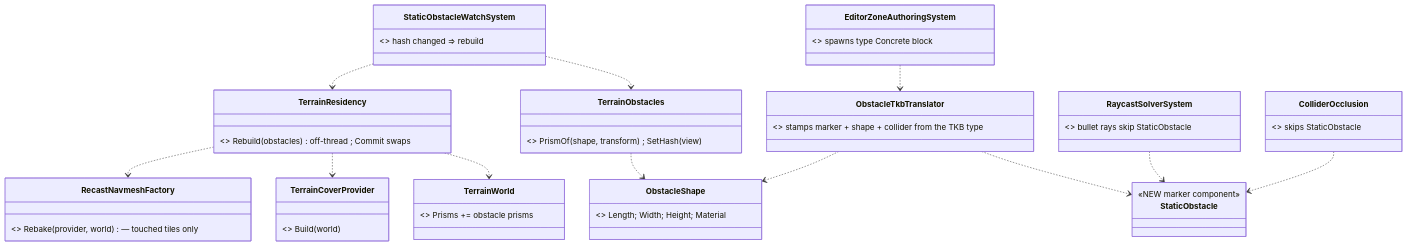
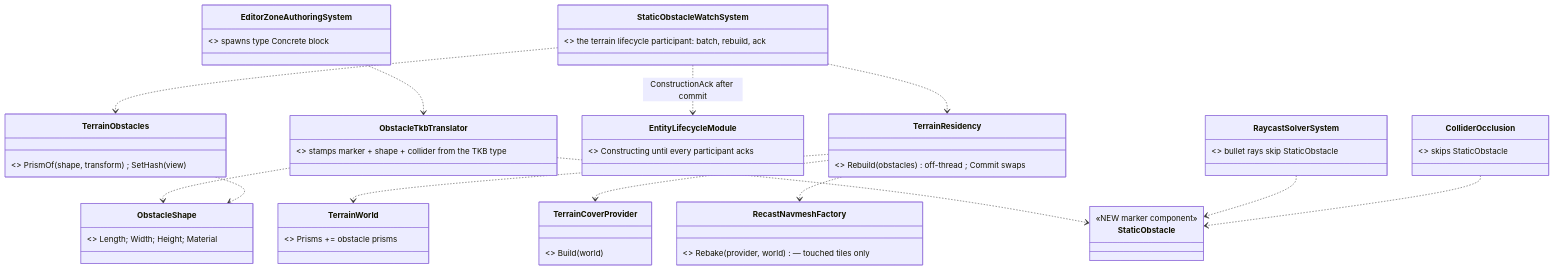
Before and after one commit to pjanec/HROT: the eighth of 10 diagrams in docs/DESIGN_Peek_And_Fire.md, drawn with Mermaid. The commit also changed other lines of this file and 1 other file, not shown here.

First line of the commit message:
CE-3136 P-7a: O1/O5 approved (R-243) - obstacles gated by the entity lifecycle until baked; O2 revised (wall-clock debounce proposed as an R-143 exemption)

````diff
--- a/docs/DESIGN_Peek_And_Fire.md
+++ b/docs/DESIGN_Peek_And_Fire.md
@@ -365,26 +369,28 @@
 ```mermaid
 classDiagram
   class StaticObstacle { <<NEW marker component>> }
   class ObstacleShape { <<NEW component>> Length; Width; Height; Material }
   class ObstacleTkbTranslator { <<NEW>> stamps marker + shape + collider from the TKB type }
   class TerrainObstacles { <<NEW static>> PrismOf(shape, transform) ; SetHash(view) }
-  class StaticObstacleWatchSystem { <<NEW, every ECS node>> hash changed ⇒ rebuild }
+  class StaticObstacleWatchSystem { <<NEW, every ECS node>> the terrain lifecycle participant: batch, rebuild, ack }
+  class EntityLifecycleModule { <<existing>> Constructing until every participant acks }
   class TerrainResidency { <<existing, grows>> Rebuild(obstacles) off-thread ; Commit swaps }
   class TerrainWorld { <<existing>> Prisms += obstacle prisms }
   class TerrainCoverProvider { <<existing>> Build(world) }
   class RecastNavmeshFactory { <<existing>> Rebake(provider, world) — touched tiles only }
   class RaycastSolverSystem { <<existing, grows>> bullet rays skip StaticObstacle }
   class ColliderOcclusion { <<existing, grows>> skips StaticObstacle }
   class EditorZoneAuthoringSystem { <<existing, grows>> spawns type Concrete block }
   ObstacleTkbTranslator ..> StaticObstacle
   ObstacleTkbTranslator ..> ObstacleShape
   StaticObstacleWatchSystem ..> TerrainObstacles
+  StaticObstacleWatchSystem ..> EntityLifecycleModule : ConstructionAck after commit
   StaticObstacleWatchSystem ..> TerrainResidency
   TerrainResidency ..> TerrainWorld
   TerrainResidency ..> TerrainCoverProvider
   TerrainResidency ..> RecastNavmeshFactory
   TerrainObstacles ..> ObstacleShape
   RaycastSolverSystem ..> StaticObstacle
   ColliderOcclusion ..> StaticObstacle
   EditorZoneAuthoringSystem ..> ObstacleTkbTranslator
 ```
````
